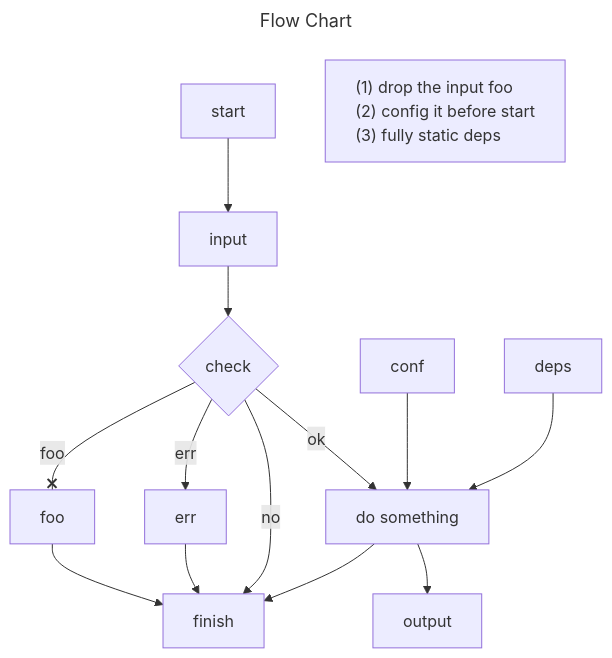
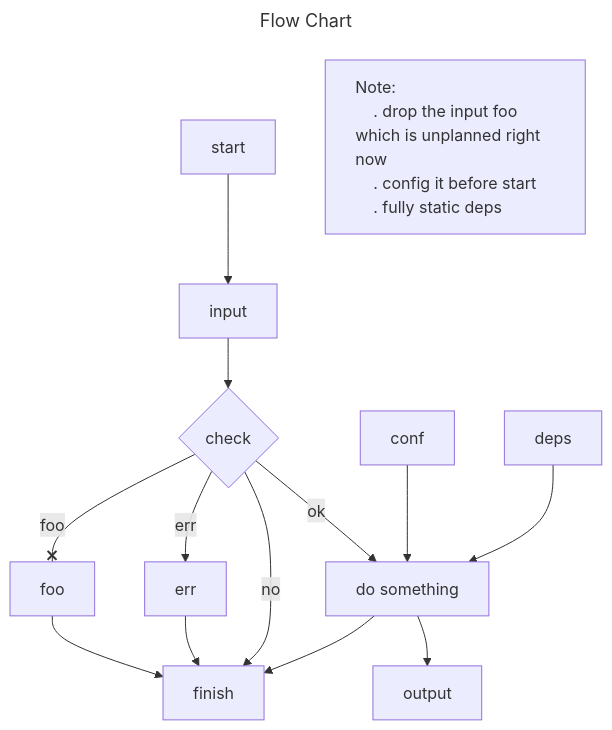
Before and after one commit to lijh8/misc: the diagram in other/mermaid.js chart.md, drawn with Mermaid. The commit also changed other lines of this file and 1 other file, not shown here.

````diff
--- a/other/mermaid.js chart.md
+++ b/other/mermaid.js chart.md
@@ -8,26 +8,27 @@
 ```mermaid
 ---
 title: Flow Chart
 ---
 flowchart
     %% chain sequential links on one line
     start --> input --> check{check}
 
     %% parallel links on separate lines
     check --x|foo| foo --> finish
     check -->|err| err --> finish
     check -->|no| finish
     check -->|ok| bar[do something] --> finish
 
     conf --> bar --> output
     deps --> bar
 
-    %% use a separate node for adding text lines
+    %% use an unconnected node for adding text lines
+    d1["
+    Note:
+    . drop the input foo which is unplanned right now
+    . config it before start
+    . fully static deps
+    "]:::c1
     classDef c1 text-align:left
-    note1["
-    (1) drop the input foo
-    (2) config it before start
-    (3) fully static deps
-    "]:::c1
 
 ```
````
